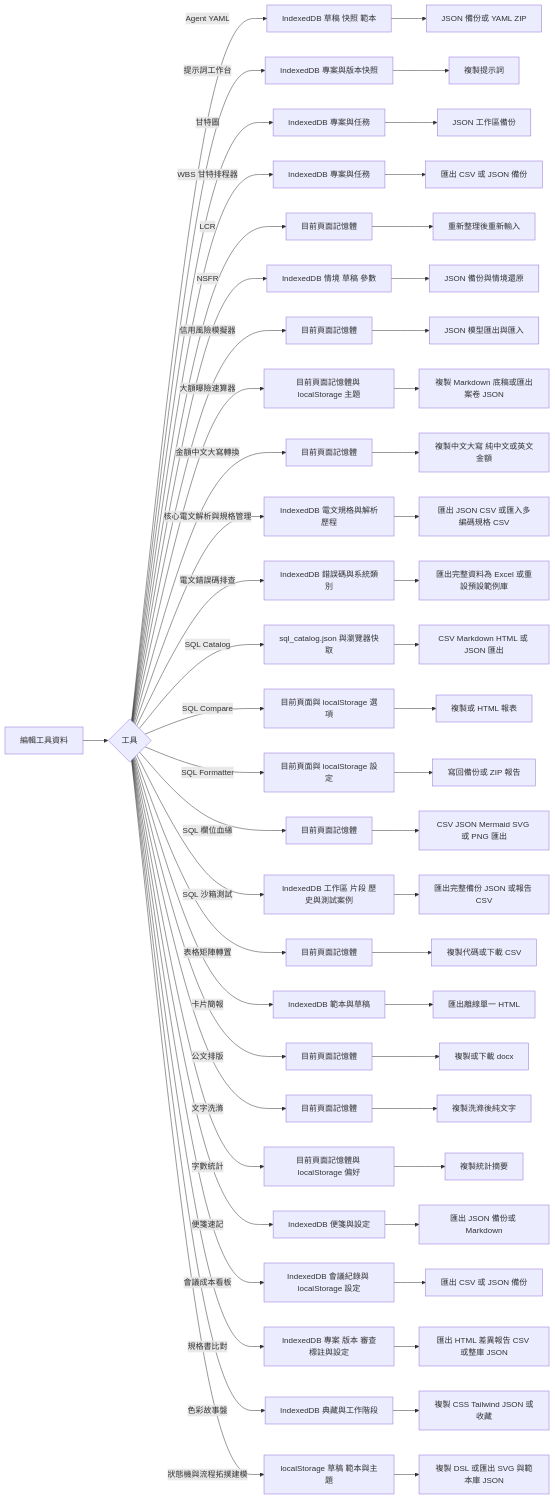
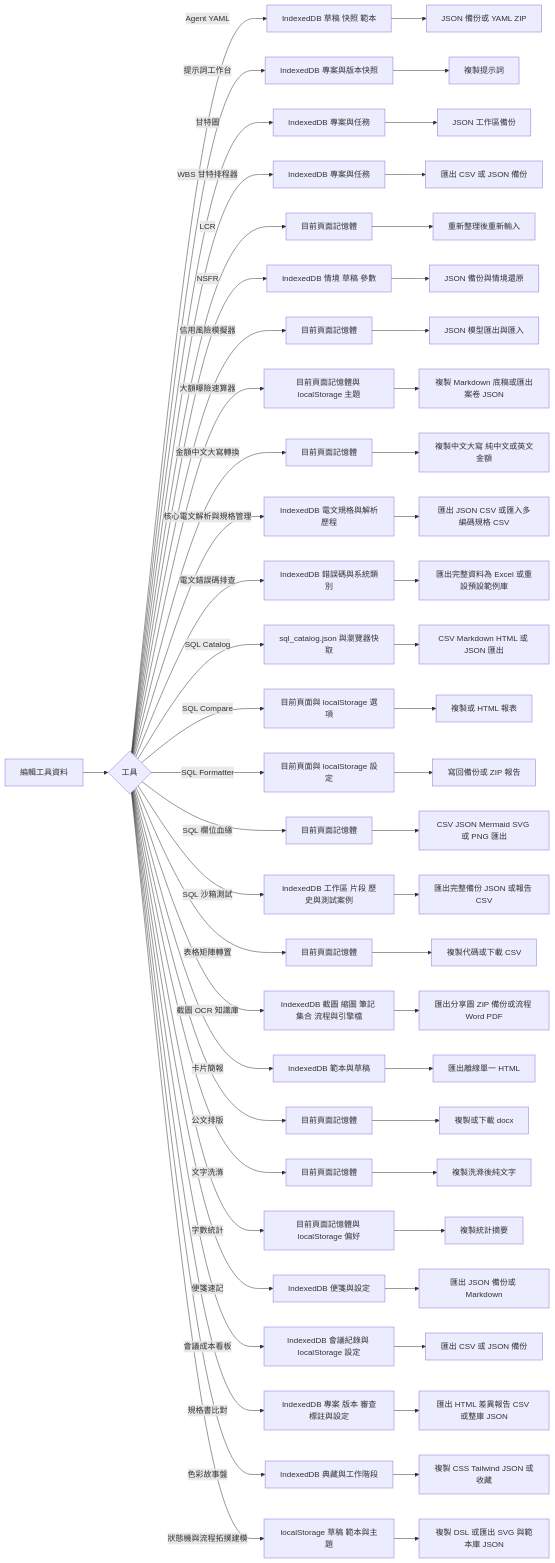
Diagram 30 of 30 in README.md (DunkLiao/my-spa-tools), drawn with Mermaid before and after one commit. The commit also changed other lines of this file and 4 other files, not shown here.

````diff
--- a/README.md
+++ b/README.md
@@ -1553,56 +1606,58 @@
 ```mermaid
 flowchart LR
     A[編輯工具資料] --> B{工具}
     B -->|Agent YAML| C[IndexedDB 草稿 快照 範本]
     B -->|提示詞工作台| AE[IndexedDB 專案與版本快照]
     B -->|甘特圖| D[IndexedDB 專案與任務]
     B -->|WBS 甘特排程器| WG[IndexedDB 專案與任務]
     B -->|LCR| E[目前頁面記憶體]
     B -->|NSFR| K[IndexedDB 情境 草稿 參數]
     B -->|信用風險模擬器| U[目前頁面記憶體]
     B -->|大額曝險速算器| AK[目前頁面記憶體與 localStorage 主題]
     B -->|金額中文大寫轉換| MU[目前頁面記憶體]
     B -->|核心電文解析與規格管理| AT[IndexedDB 電文規格與解析歷程]
     B -->|電文錯誤碼排查| AZ[IndexedDB 錯誤碼與系統類別]
     B -->|SQL Catalog| I[sql_catalog.json 與瀏覽器快取]
     B -->|SQL Compare| M[目前頁面與 localStorage 選項]
     B -->|SQL Formatter| N[目前頁面與 localStorage 設定]
     B -->|SQL 欄位血緣| R[目前頁面記憶體]
     B -->|SQL 沙箱測試| SJ[IndexedDB 工作區 片段 歷史與測試案例]
     B -->|表格矩陣轉置| AG[目前頁面記憶體]
+    B -->|截圖 OCR 知識庫| OK[IndexedDB 截圖 縮圖 筆記 集合 流程與引擎檔]
     B -->|卡片簡報| W[IndexedDB 範本與草稿]
     B -->|公文排版| Y[目前頁面記憶體]
     B -->|文字洗滌| AC[目前頁面記憶體]
     B -->|字數統計| WB[目前頁面記憶體與 localStorage 偏好]
     B -->|便箋速記| SP[IndexedDB 便箋與設定]
     B -->|會議成本看板| CB[IndexedDB 會議紀錄與 localStorage 設定]
     B -->|規格書比對| SD2[IndexedDB 專案 版本 審查標註與設定]
     B -->|色彩故事盤| AA[IndexedDB 典藏與工作階段]
     B -->|狀態機與流程拓撲建模| SF[localStorage 草稿 範本與主題]
     C --> F[JSON 備份或 YAML ZIP]
     D --> G[JSON 工作區備份]
     WG --> WJ[匯出 CSV 或 JSON 備份]
     E --> H[重新整理後重新輸入]
     K --> L[JSON 備份與情境還原]
     U --> V[JSON 模型匯出與匯入]
     AK --> AN[複製 Markdown 底稿或匯出案卷 JSON]
     MU --> MV[複製中文大寫 純中文或英文金額]
     AT --> AY[匯出 JSON CSV 或匯入多編碼規格 CSV]
     AZ --> BA[匯出完整資料為 Excel 或重設預設範例庫]
     I --> J[CSV Markdown HTML 或 JSON 匯出]
     M --> O[複製或 HTML 報表]
     N --> P[寫回備份或 ZIP 報告]
     R --> S[CSV JSON Mermaid SVG 或 PNG 匯出]
     SJ --> SK[匯出完整備份 JSON 或報告 CSV]
     AG --> AH[複製代碼或下載 CSV]
+    OK --> OM[匯出分享圖 ZIP 備份或流程 Word PDF]
     W --> X[匯出離線單一 HTML]
     Y --> Z[複製或下載 docx]
     AC --> AD[複製洗滌後純文字]
     WB --> WE[複製統計摘要]
     SP --> SR[匯出 JSON 備份或 Markdown]
     CB --> CS[匯出 CSV 或 JSON 備份]
     SD2 --> SW[匯出 HTML 差異報告 CSV 或整庫 JSON]
     AA --> AB[複製 CSS Tailwind JSON 或收藏]
     SF --> ST[複製 DSL 或匯出 SVG 與範本庫 JSON]
     AE --> AF[複製提示詞]
 ```
````
